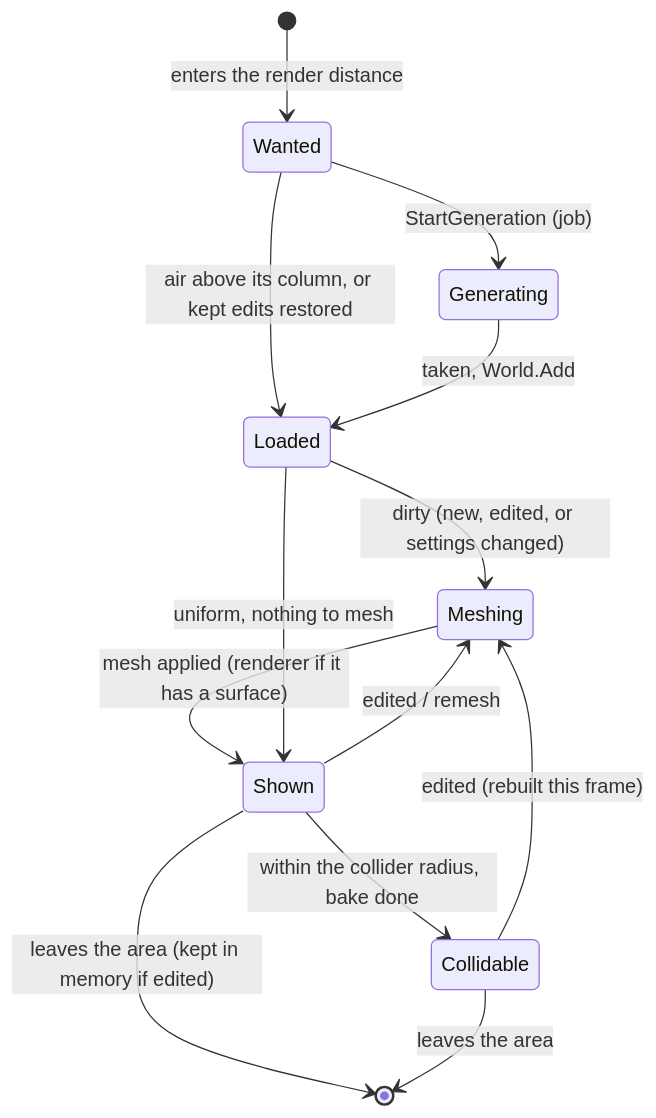
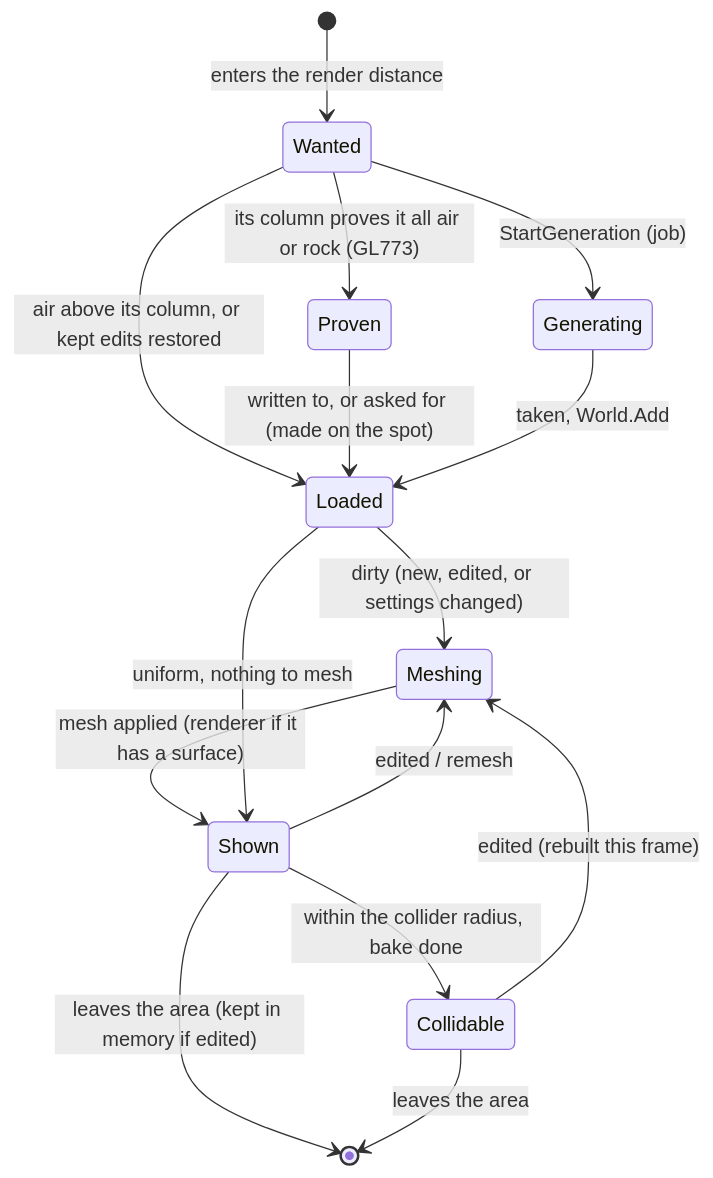
One commit to landonairey/clube changed the fourth of 6 diagrams in Docs/architecture.md. Above: the diagram before and after it, drawn with Mermaid. The commit also changed other lines of this file and 2 other files, not shown here.

````diff
--- a/Docs/architecture.md
+++ b/Docs/architecture.md
@@ -561,15 +575,17 @@
 ```mermaid
 stateDiagram-v2
     [*] --> Wanted: enters the render distance
     Wanted --> Generating: StartGeneration (job)
     Wanted --> Loaded: air above its column, or kept edits restored
+    Wanted --> Proven: its column proves it all air or rock (GL773)
+    Proven --> Loaded: written to, or asked for (made on the spot)
     Generating --> Loaded: taken, World.Add
     Loaded --> Meshing: dirty (new, edited, or settings changed)
     Meshing --> Shown: mesh applied (renderer if it has a surface)
     Loaded --> Shown: uniform, nothing to mesh
     Shown --> Meshing: edited / remesh
     Shown --> Collidable: within the collider radius, bake done
     Collidable --> Meshing: edited (rebuilt this frame)
     Shown --> [*]: leaves the area (kept in memory if edited)
     Collidable --> [*]: leaves the area
 ```
````
